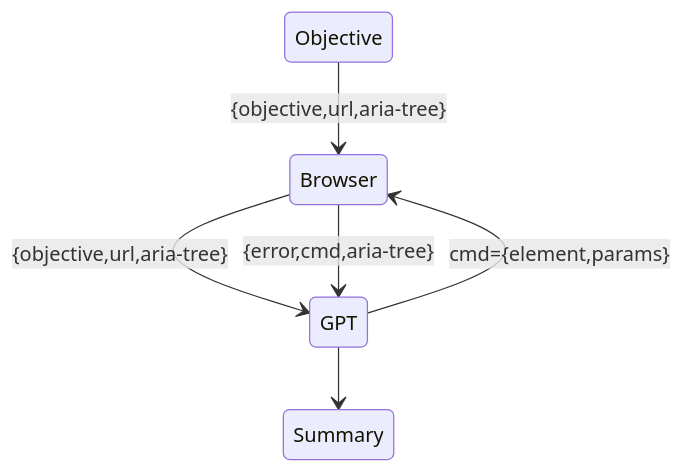
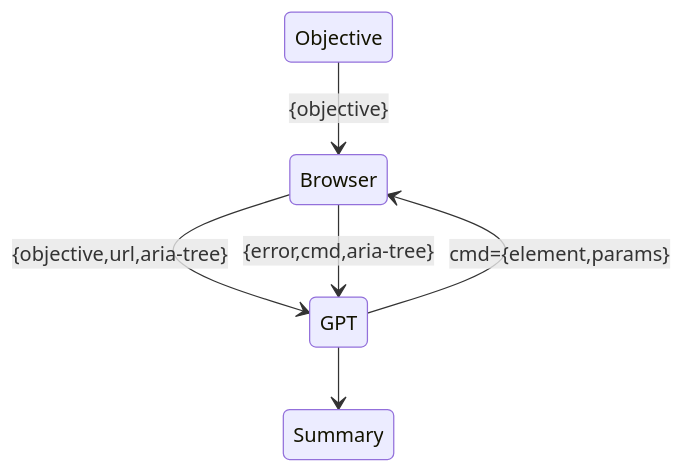
One commit to thegpvc/gpt-aria changed the diagram in doc/state.mermaid. Above: the diagram before and after it, drawn with Mermaid.

```diff
--- a/doc/state.mermaid
+++ b/doc/state.mermaid
@@ -1,6 +1,6 @@
 stateDiagram-v2
-    Objective --> Browser:{objective,url,aria-tree}
+    Objective --> Browser:{objective}
     GPT-->Browser:cmd={element,params}
     Browser --> GPT:{objective,url,aria-tree}
     Browser --> GPT:{error,cmd,aria-tree}
     GPT --> Summary
```
